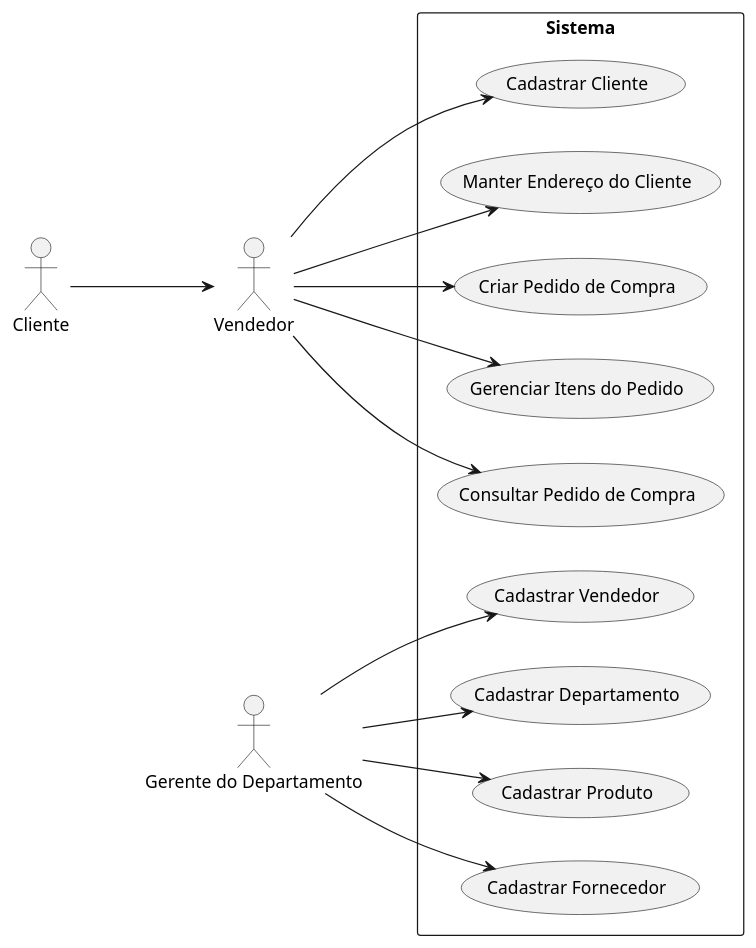
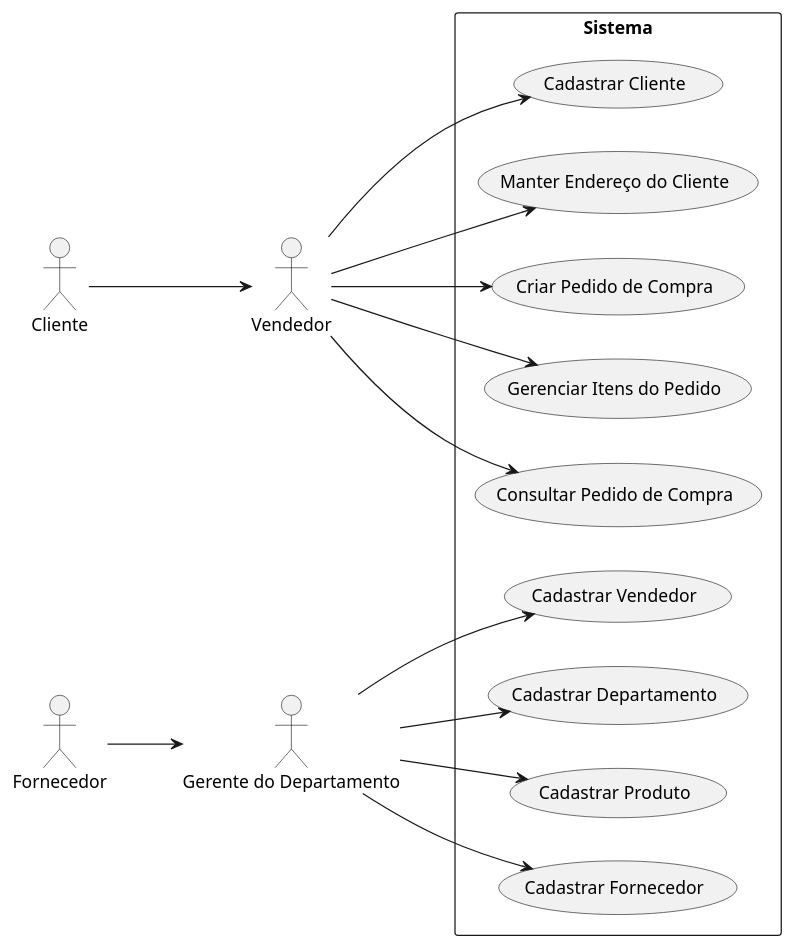
One commit to glaucotodesco/engsoft-pedido-2025 changed the diagram in docs/uml/usecase.puml. Above: the diagram before and after it, drawn with PlantUML. The commit also changed 1 other file, not shown here.

Commit message:
Added Fornecedor Use Case

```diff
--- a/docs/uml/usecase.puml
+++ b/docs/uml/usecase.puml
@@ -1,37 +1,39 @@
 @startuml
 left to right direction
 actor "Cliente" as C
 actor "Vendedor" as V
 actor "Gerente do Departamento" as G
+actor "Fornecedor" as F
 
 rectangle Sistema {
   
   (Cadastrar Cliente) as UC1
   (Manter Endereço do Cliente) as UC2
   (Criar Pedido de Compra) as UC3
   (Gerenciar Itens do Pedido) as UC4
   (Consultar Pedido de Compra) as UC5
 
   (Cadastrar Vendedor) as UC6
   (Cadastrar Departamento) as UC7
   (Cadastrar Produto) as UC8
   (Cadastrar Fornecedor) as UC9
 }
 
 ' Casos de uso do Vendedor
 V --> UC1
 V --> UC2
 V --> UC3
 V --> UC4
 V --> UC5
 
 ' Casos de uso do Gerente
 G --> UC6
 G --> UC7
 G --> UC8
 G --> UC9
 
 ' Interação Cliente <-> Vendedor
 C --> V
+F --> G
 
 @enduml
```
